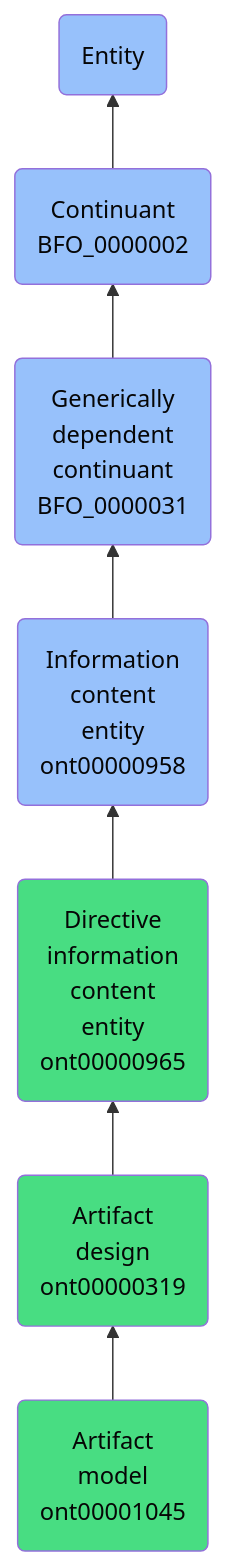
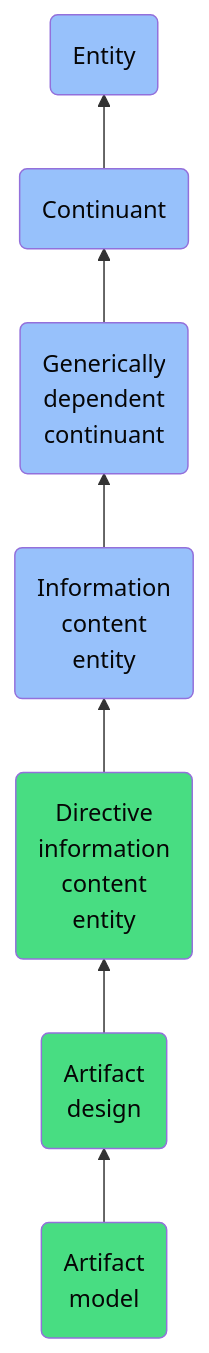
One commit to jupyter-naas/abi changed the diagram in docs/ontology/reference/model/Entity/Continuant/Generically dependent continuant/Information content entity/Directive information content entity/Artifact design/Artifact model/Artifact model.md. Above: the diagram before and after it, drawn with Mermaid. The commit also changed other lines of this file and 1430 other files, not shown here.

````diff
--- a/docs/ontology/reference/model/Entity/Continuant/Generically dependent continuant/Information content entity/Directive information content entity/Artifact design/Artifact model/Artifact model.md
+++ b/docs/ontology/reference/model/Entity/Continuant/Generically dependent continuant/Information content entity/Directive information content entity/Artifact design/Artifact model/Artifact model.md
@@ -24,14 +24,14 @@
 ```mermaid
 graph BT
-    ont00001045(Artifact<br>model<br>ont00001045):::ABI-->ont00000319
-    ont00000319(Artifact<br>design<br>ont00000319):::ABI-->ont00000965
-    ont00000965(Directive<br>information<br>content<br>entity<br>ont00000965):::ABI-->ont00000958
-    ont00000958(Information<br>content<br>entity<br>ont00000958):::BFO-->BFO_0000031
-    BFO_0000031(Generically<br>dependent<br>continuant<br>BFO_0000031):::BFO-->BFO_0000002
-    BFO_0000002(Continuant<br>BFO_0000002):::BFO-->BFO_0000001
+    ont00001045(Artifact<br>model):::ABI-->ont00000319
+    ont00000319(Artifact<br>design):::ABI-->ont00000965
+    ont00000965(Directive<br>information<br>content<br>entity):::ABI-->ont00000958
+    ont00000958(Information<br>content<br>entity):::BFO-->BFO_0000031
+    BFO_0000031(Generically<br>dependent<br>continuant):::BFO-->BFO_0000002
+    BFO_0000002(Continuant):::BFO-->BFO_0000001
     BFO_0000001(Entity):::BFO
     
     classDef BFO fill:#97c1fb,color:#060606
     classDef CCO fill:#e4c51e,color:#060606
     classDef ABI fill:#48DD82,color:#060606
 ```
````
